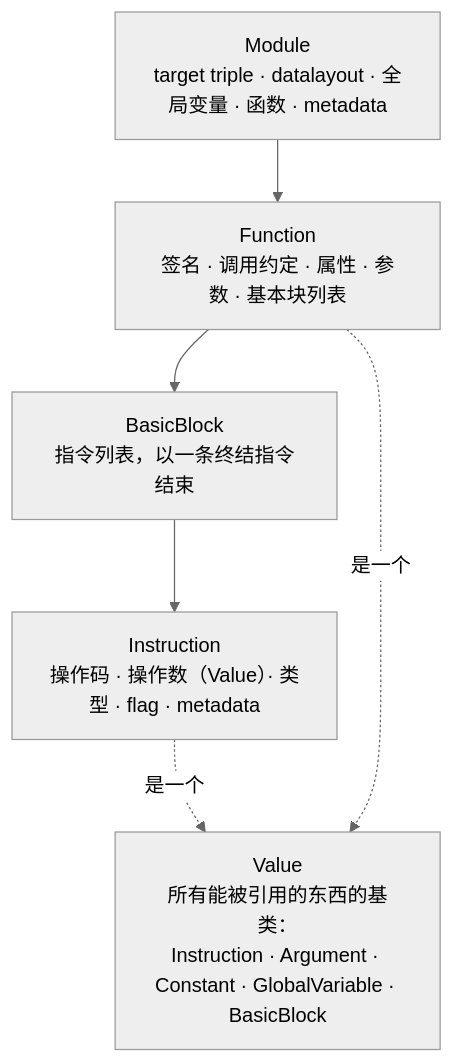
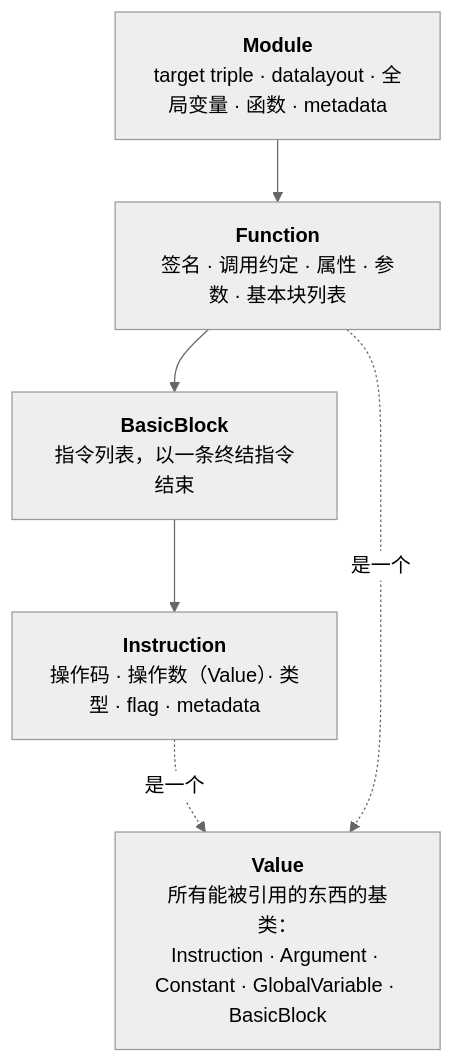
One commit to arganzheng/arganzheng.github.com changed the first of 3 diagrams in _posts/2026-11-23-llvm-the-shared-backend-and-nvptx.md. Above: the diagram before and after it, drawn with Mermaid (neutral theme). The commit also changed other lines of this file and 8 other files, not shown here.

First line of the commit message:
ML 编译器内部：从 SSA、MLIR 到 Triton 编译器：Mermaid 多行方框的首行标为标题（9 篇）

````diff
--- a/_posts/2026-11-23-llvm-the-shared-backend-and-nvptx.md
+++ b/_posts/2026-11-23-llvm-the-shared-backend-and-nvptx.md
@@ -41,12 +41,12 @@
 ```mermaid
 %% 图：LLVM IR 的四层容器：Module → Function → BasicBlock → Instruction，Instruction 与 Function 都是 Value
 flowchart TB
-    mod["Module<br/>target triple · datalayout · 全局变量 · 函数 · metadata"]
-    fn["Function<br/>签名 · 调用约定 · 属性 · 参数 · 基本块列表"]
-    bb["BasicBlock<br/>指令列表，以一条终结指令结束"]
-    inst["Instruction<br/>操作码 · 操作数（Value）· 类型 · flag · metadata"]
+    mod["<b>Module</b><br/>target triple · datalayout · 全局变量 · 函数 · metadata"]
+    fn["<b>Function</b><br/>签名 · 调用约定 · 属性 · 参数 · 基本块列表"]
+    bb["<b>BasicBlock</b><br/>指令列表，以一条终结指令结束"]
+    inst["<b>Instruction</b><br/>操作码 · 操作数（Value）· 类型 · flag · metadata"]
     mod --> fn --> bb --> inst
-    val["Value<br/>所有能被引用的东西的基类：<br/>Instruction · Argument · Constant · GlobalVariable · BasicBlock"]
+    val["<b>Value</b><br/>所有能被引用的东西的基类：<br/>Instruction · Argument · Constant · GlobalVariable · BasicBlock"]
     inst -. "是一个" .-> val
     fn -. "是一个" .-> val
 ```
````
